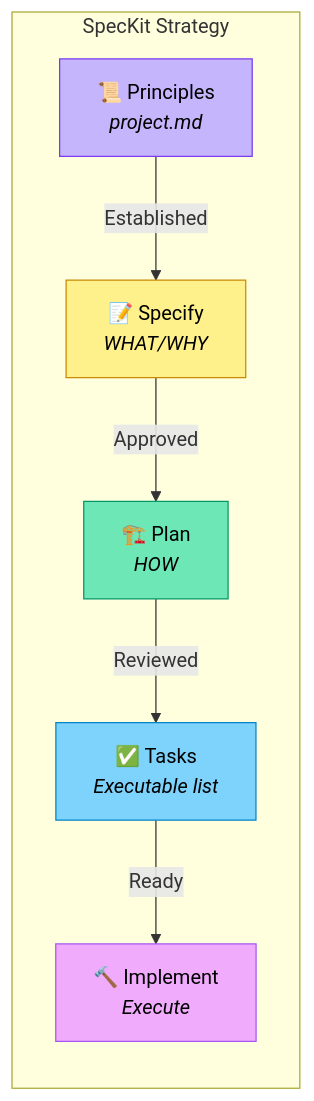
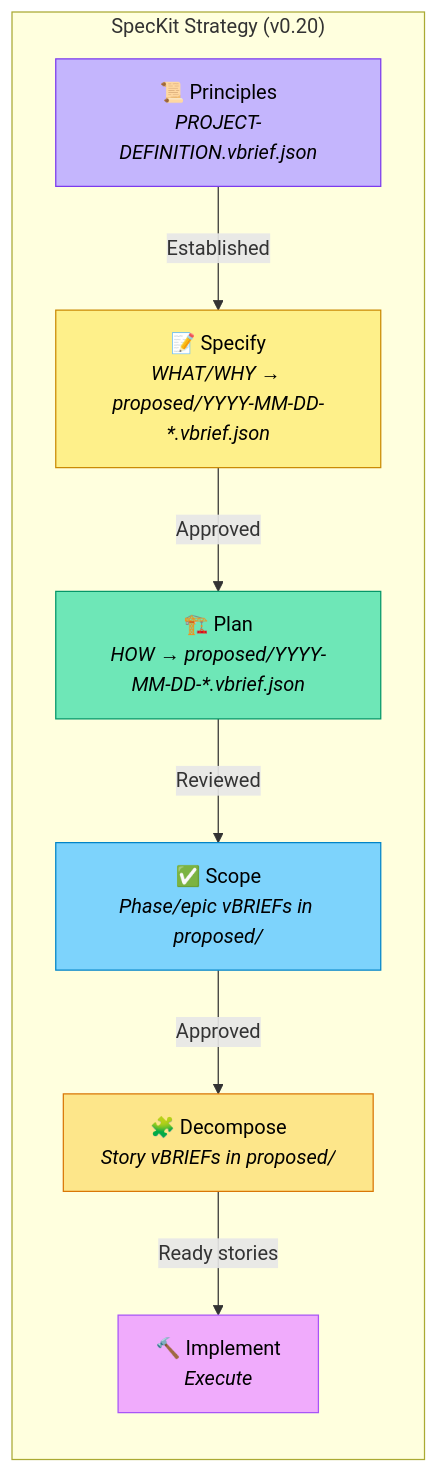
Before and after one commit to sighthoundinc/sighthound-content-ops: the diagram in deft/strategies/speckit.md, drawn with Mermaid. The commit also changed other lines of this file and 1478 other files, not shown here.

````diff
--- a/deft/strategies/speckit.md
+++ b/deft/strategies/speckit.md
@@ -19,21 +27,24 @@
 ```mermaid
 flowchart LR
-    subgraph speckit ["SpecKit Strategy"]
-        P["📜 Principles<br/><i>project.md</i>"]
-        S["📝 Specify<br/><i>WHAT/WHY</i>"]
-        PL["🏗️ Plan<br/><i>HOW</i>"]
-        T["✅ Tasks<br/><i>Executable list</i>"]
+    subgraph speckit ["SpecKit Strategy (v0.20)"]
+        P["📜 Principles<br/><i>PROJECT-DEFINITION.vbrief.json</i>"]
+        S["📝 Specify<br/><i>WHAT/WHY → proposed/YYYY-MM-DD-*.vbrief.json</i>"]
+        PL["🏗️ Plan<br/><i>HOW → proposed/YYYY-MM-DD-*.vbrief.json</i>"]
+        T["✅ Scope<br/><i>Phase/epic vBRIEFs in proposed/</i>"]
+        D["🧩 Decompose<br/><i>Story vBRIEFs in proposed/</i>"]
         I["🔨 Implement<br/><i>Execute</i>"]
     end
 
     P -->|"Established"| S
     S -->|"Approved"| PL
     PL -->|"Reviewed"| T
-    T -->|"Ready"| I
+    T -->|"Approved"| D
+    D -->|"Ready stories"| I
 
     style P fill:#c4b5fd,stroke:#7c3aed,color:#000
     style S fill:#fef08a,stroke:#ca8a04,color:#000
     style PL fill:#6ee7b7,stroke:#059669,color:#000
     style T fill:#7dd3fc,stroke:#0284c7,color:#000
+    style D fill:#fde68a,stroke:#d97706,color:#000
     style I fill:#f0abfc,stroke:#a855f7,color:#000
 ```
````
